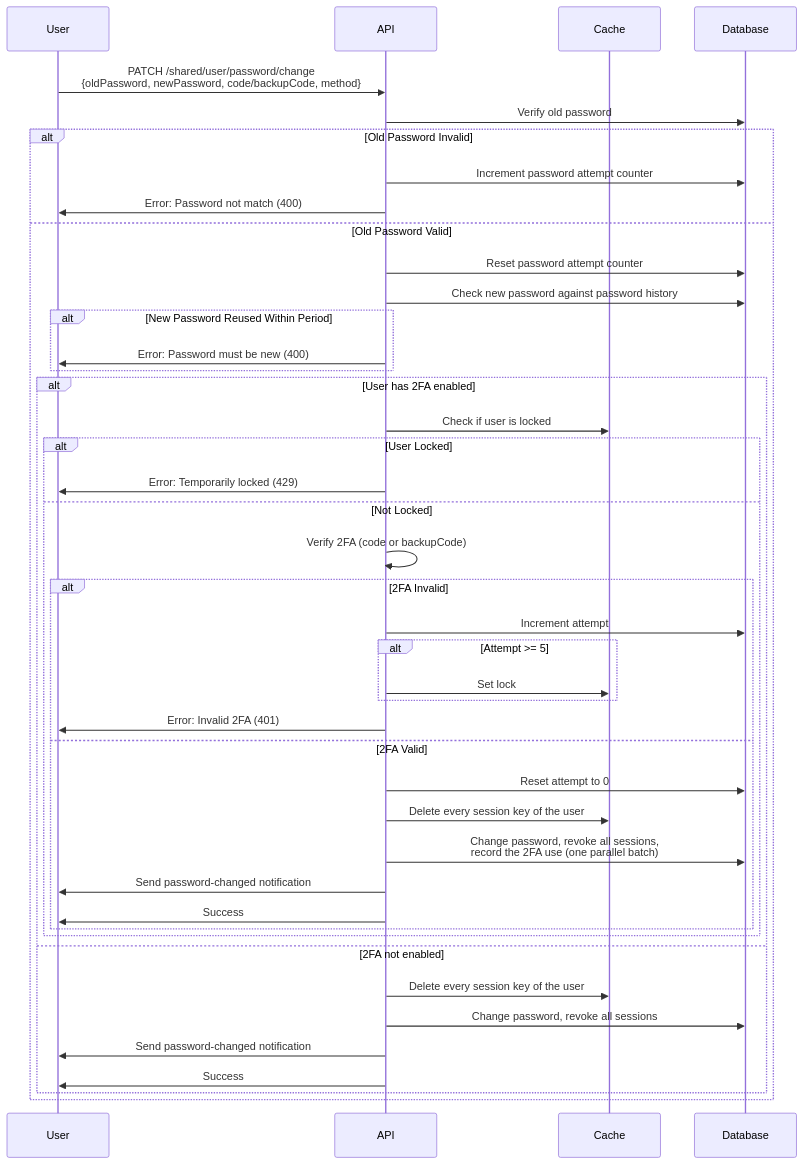
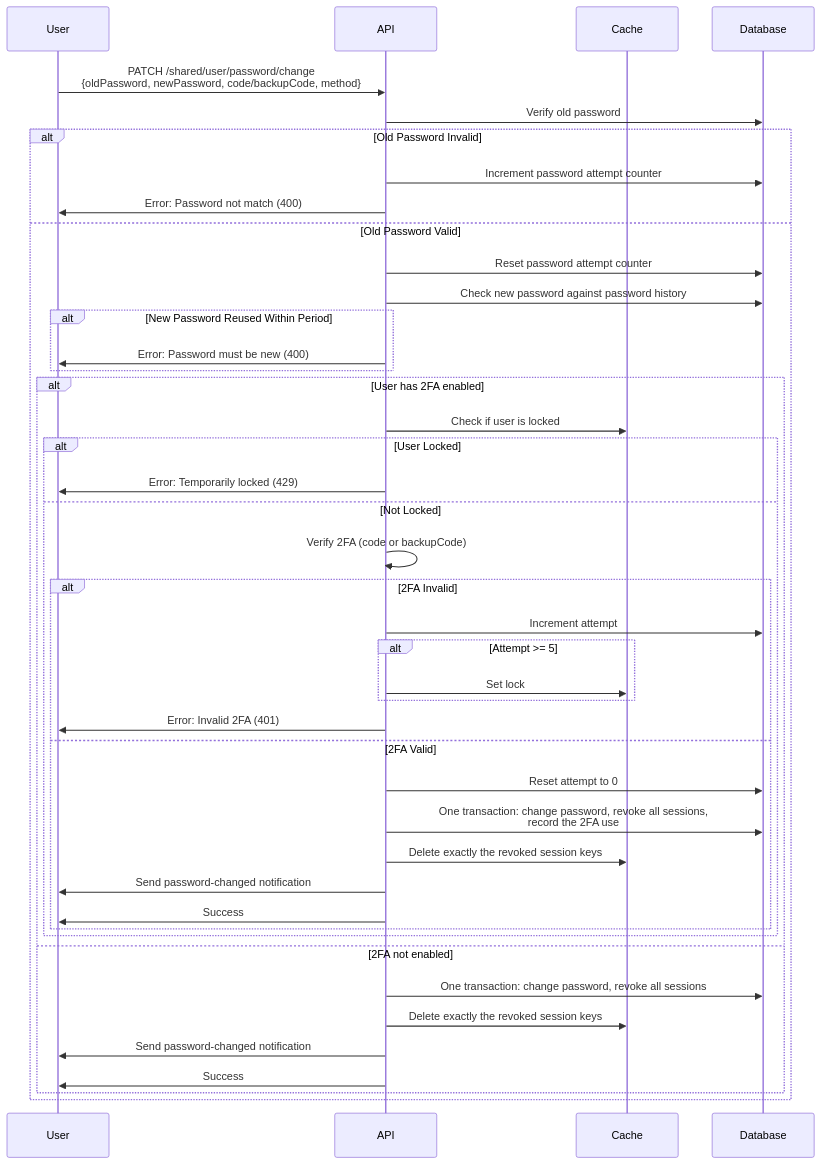
The seventh of 9 diagrams in docs/two-factor.md (andrechristikan/ack-nestjs-boilerplate), drawn with Mermaid before and after one commit. The commit also changed other lines of this file and 1013 other files, not shown here.

````diff
--- a/docs/two-factor.md
+++ b/docs/two-factor.md
@@ -395,46 +414,46 @@
 ```mermaid
 sequenceDiagram
     participant User
     participant API
     participant Cache
     participant Database
 
     User->>API: PATCH /shared/user/password/change<br/>{oldPassword, newPassword, code/backupCode, method}
     API->>Database: Verify old password
     alt Old Password Invalid
         API->>Database: Increment password attempt counter
         API->>User: Error: Password not match (400)
     else Old Password Valid
         API->>Database: Reset password attempt counter
         API->>Database: Check new password against password history
         alt New Password Reused Within Period
             API->>User: Error: Password must be new (400)
         end
         alt User has 2FA enabled
             API->>Cache: Check if user is locked
             alt User Locked
                 API->>User: Error: Temporarily locked (429)
             else Not Locked
                 API->>API: Verify 2FA (code or backupCode)
                 alt 2FA Invalid
                     API->>Database: Increment attempt
                     alt Attempt >= 5
                         API->>Cache: Set lock
                     end
                     API->>User: Error: Invalid 2FA (401)
                 else 2FA Valid
                     API->>Database: Reset attempt to 0
-                    API->>Cache: Delete every session key of the user
-                    API->>Database: Change password, revoke all sessions,<br/>record the 2FA use (one parallel batch)
+                    API->>Database: One transaction: change password, revoke all sessions,<br/>record the 2FA use
+                    API->>Cache: Delete exactly the revoked session keys
                     API->>User: Send password-changed notification
                     API->>User: Success
                 end
             end
         else 2FA not enabled
-            API->>Cache: Delete every session key of the user
-            API->>Database: Change password, revoke all sessions
+            API->>Database: One transaction: change password, revoke all sessions
+            API->>Cache: Delete exactly the revoked session keys
             API->>User: Send password-changed notification
             API->>User: Success
         end
     end
 ```
````
